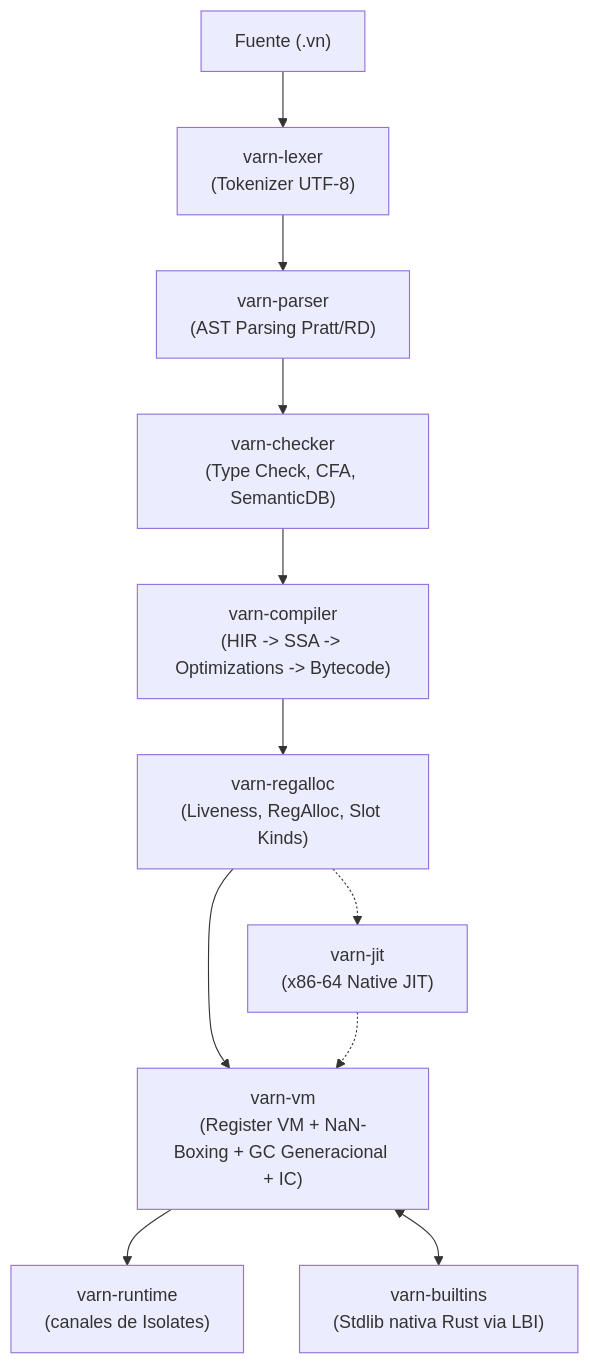
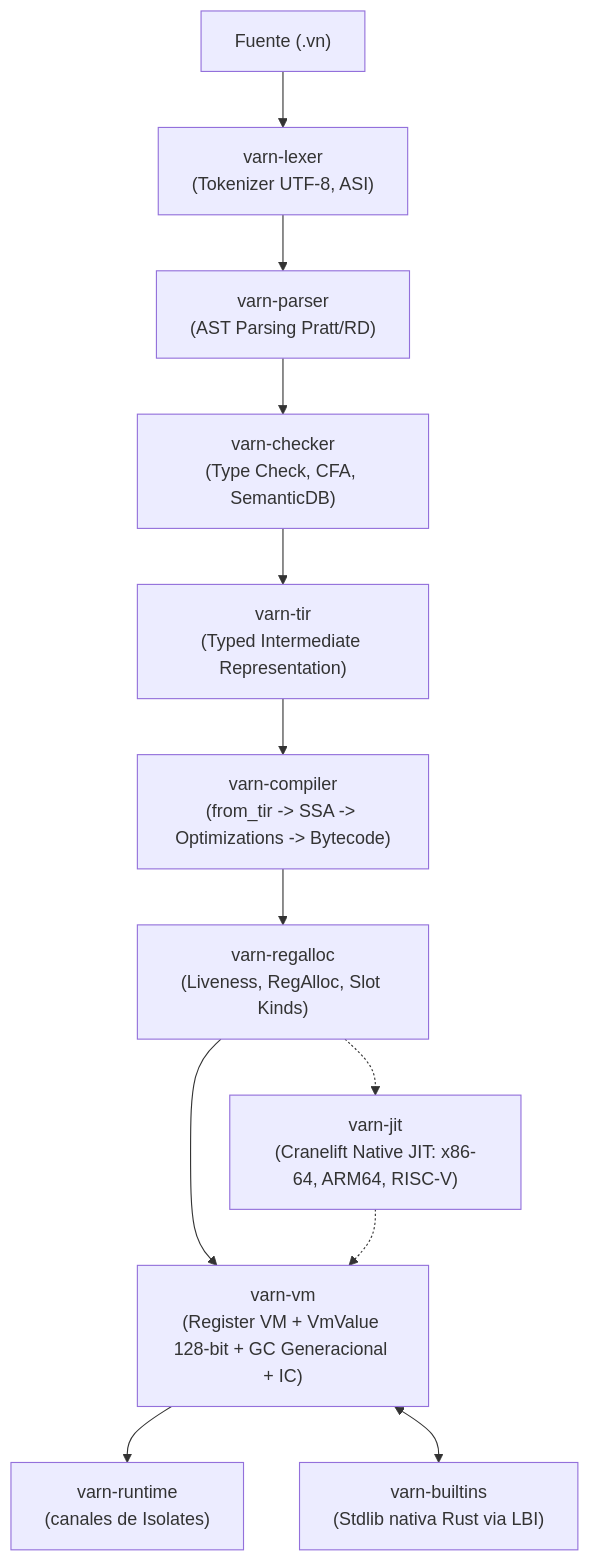
Before and after one commit to carlos-burelo/varn: the diagram in README.md, drawn with Mermaid. The commit also changed other lines of this file and 10 other files, not shown here.

Commit message:
docs: update architecture, TIR pipeline, 128-bit VmValue layout, and canonical types

````diff
--- a/README.md
+++ b/README.md
@@ -47,13 +47,14 @@
 ```mermaid
 flowchart TD
-    A["Fuente (.vn)"] --> B["varn-lexer\n(Tokenizer UTF-8)"]
+    A["Fuente (.vn)"] --> B["varn-lexer\n(Tokenizer UTF-8, ASI)"]
     B --> C["varn-parser\n(AST Parsing Pratt/RD)"]
     C --> D["varn-checker\n(Type Check, CFA, SemanticDB)"]
-    D --> E["varn-compiler\n(HIR -> SSA -> Optimizations -> Bytecode)"]
-    E --> F["varn-regalloc\n(Liveness, RegAlloc, Slot Kinds)"]
-    F --> G["varn-vm\n(Register VM + NaN-Boxing + GC Generacional + IC)"]
-    F -.-> H["varn-jit\n(x86-64 Native JIT)"]
-    H -.-> G
-    G --> I["varn-runtime\n(canales de Isolates)"]
-    G <--> J["varn-builtins\n(Stdlib nativa Rust via LBI)"]
+    D --> E["varn-tir\n(Typed Intermediate Representation)"]
+    E --> F["varn-compiler\n(from_tir -> SSA -> Optimizations -> Bytecode)"]
+    F --> G["varn-regalloc\n(Liveness, RegAlloc, Slot Kinds)"]
+    G --> H["varn-vm\n(Register VM + VmValue 128-bit + GC Generacional + IC)"]
+    G -.-> I["varn-jit\n(Cranelift Native JIT: x86-64, ARM64, RISC-V)"]
+    I -.-> H
+    H --> J["varn-runtime\n(canales de Isolates)"]
+    H <--> K["varn-builtins\n(Stdlib nativa Rust via LBI)"]
 ```
````
